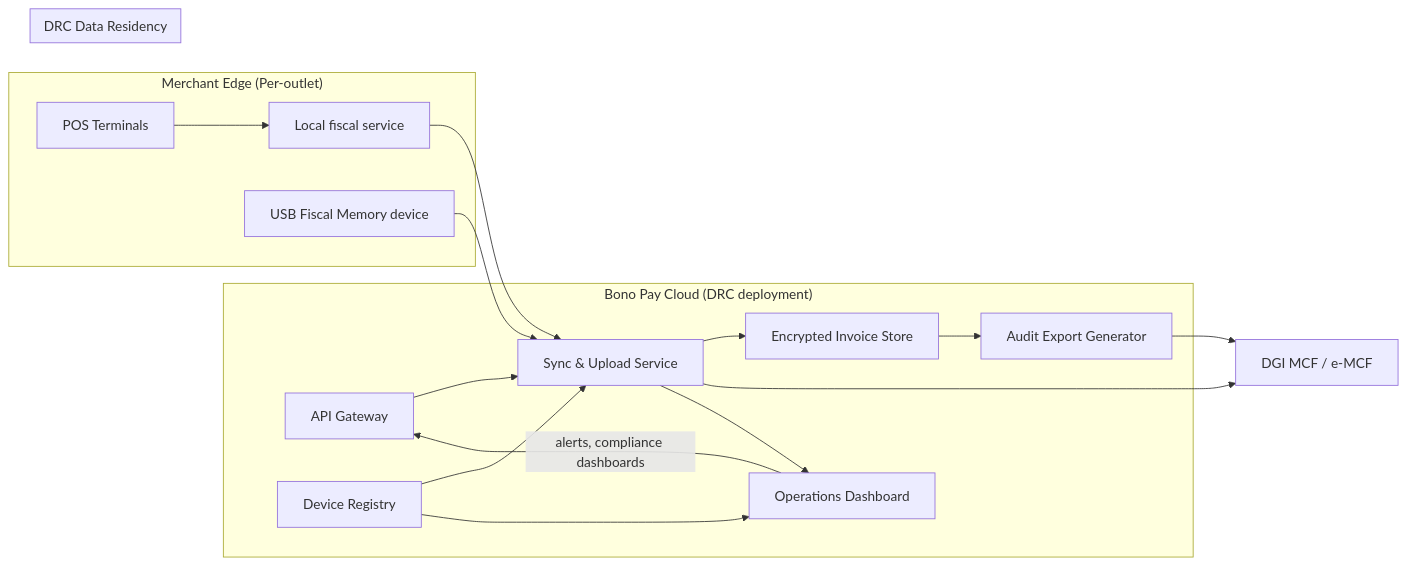
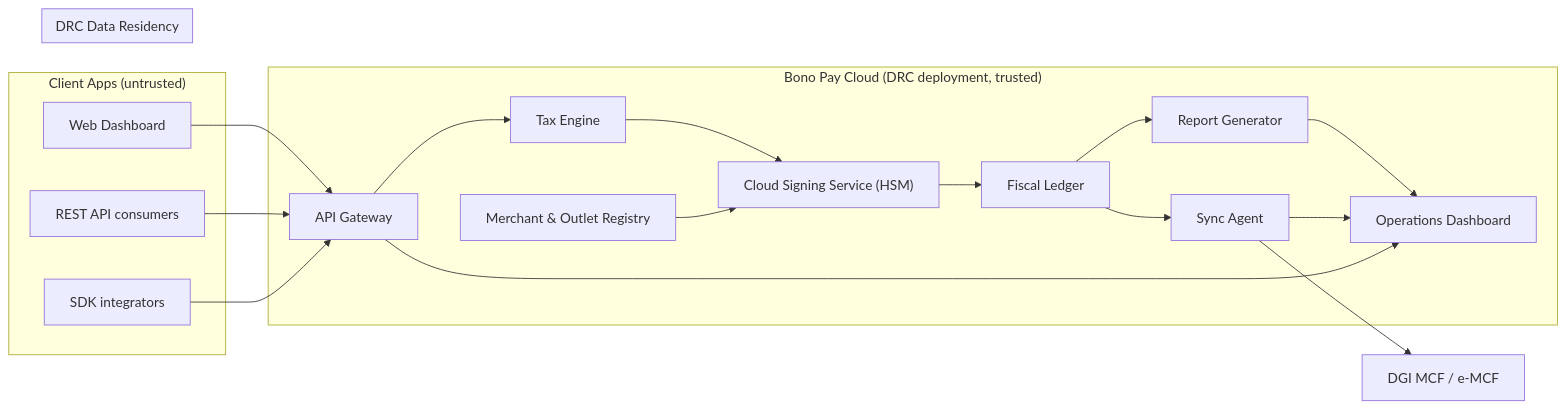
Before and after one commit to kupapay/docs: the diagram in design/docs/cloud/architecture.md, drawn with Mermaid. The commit also changed other lines of this file and 65 other files, not shown here.

First line of the commit message:
docs: complete API-first pivot — rewrite all docs for cloud-first invoicing platform

````diff
--- a/design/docs/cloud/architecture.md
+++ b/design/docs/cloud/architecture.md
@@ -40,35 +47,40 @@
 ```mermaid
 graph LR
-    subgraph EDF["Bono Pay Cloud (DRC deployment)"]
-        API["API Gateway"]
-        Sync["Sync & Upload Service"]
-        Registry["Device Registry"]
-        Storage["Encrypted Invoice Store"]
-        Dashboard["Operations Dashboard"]
-        Audit["Audit Export Generator"]
+    subgraph Clients["Client Apps (untrusted)"]
+        Dashboard["Web Dashboard"]
+        API_Consumer["REST API consumers"]
+        SDK["SDK integrators"]
     end
-    subgraph Edge["Merchant Edge (Per-outlet)"]
-        POS[POS Terminals]
-        FiscalService[Local fiscal service]
-        USB[USB Fiscal Memory device]
+    subgraph Cloud["Bono Pay Cloud (DRC deployment, trusted)"]
+        Gateway["API Gateway"]
+        TaxEng["Tax Engine"]
+        HSM["Cloud Signing Service (HSM)"]
+        Ledger["Fiscal Ledger"]
+        Reports["Report Generator"]
+        Sync["Sync Agent"]
+        Registry["Merchant & Outlet Registry"]
+        Ops["Operations Dashboard"]
     end
     DGI["DGI MCF / e-MCF"]
-    POS --> FiscalService
-    FiscalService --> Sync
-    USB --> Sync
-    Sync --> Storage
+
+    Dashboard --> Gateway
+    API_Consumer --> Gateway
+    SDK --> Gateway
+    Gateway --> TaxEng
+    TaxEng --> HSM
+    HSM --> Ledger
+    Ledger --> Reports
+    Ledger --> Sync
     Sync --> DGI
-    Registry --> Sync
-    Sync --> Dashboard
-    Registry --> Dashboard
-    Storage --> Audit
-    Audit --> DGI
-    Dashboard -->|alerts, compliance dashboards| API
-    API --> Sync
+    Registry --> HSM
+    Reports --> Ops
+    Sync --> Ops
+    Gateway --> Ops
+
     subgraph Region["DRC Data Residency"]
-        Storage
+        Ledger
         Registry
-        Dashboard
-        Audit
+        Ops
+        Reports
     end
 ```
````
